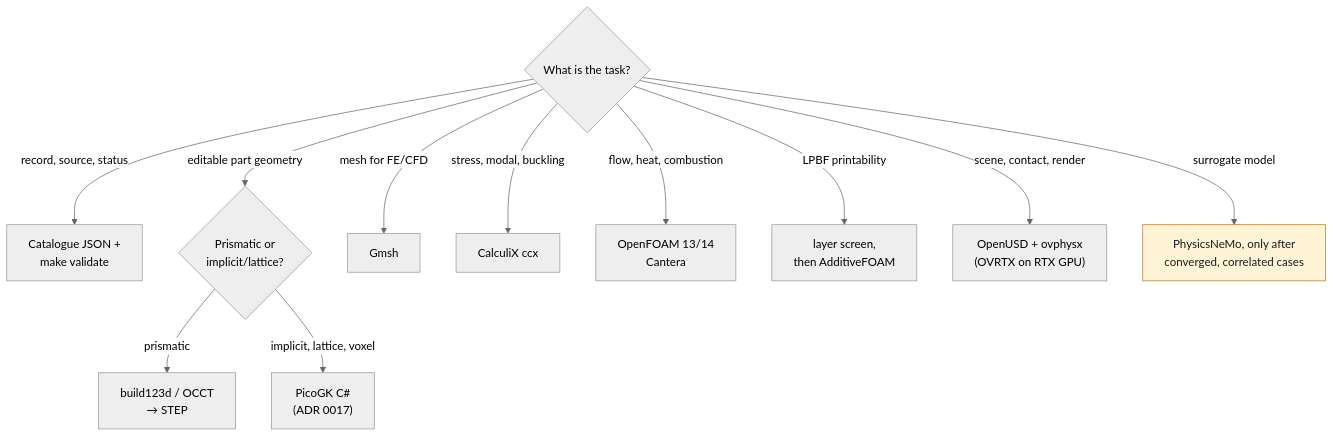
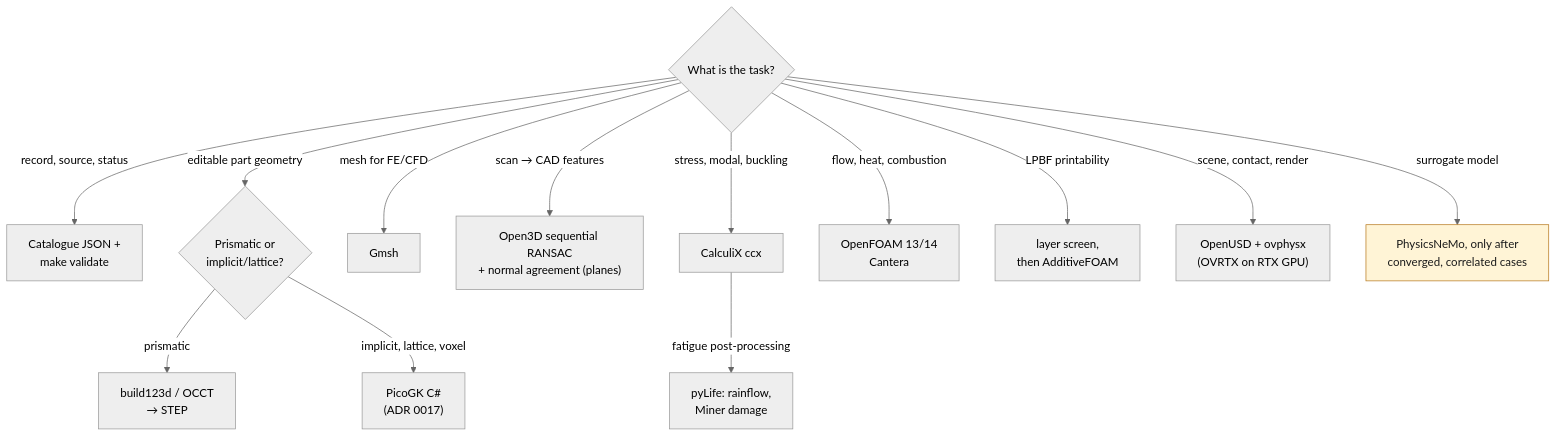
Before and after one commit to cluster2600/porscheparts: the first of 4 diagrams in docs/AGENT_TOOL_GUIDE.md, drawn with Mermaid (neutral theme). The commit also changed other lines of this file and 15 other files, not shown here.

First line of the commit message:
Assign tools for scan feature fitting and fatigue; back up private outputs (#677)

````diff
--- a/docs/AGENT_TOOL_GUIDE.md
+++ b/docs/AGENT_TOOL_GUIDE.md
@@ -25,15 +25,17 @@
 ```mermaid
 flowchart TD
     T{"What is the task?"}
     T -->|"record, source, status"| C["Catalogue JSON +<br/>make validate"]
     T -->|"editable part geometry"| G{"Prismatic or<br/>implicit/lattice?"}
     G -->|prismatic| B["build123d / OCCT<br/>→ STEP"]
     G -->|"implicit, lattice, voxel"| P["PicoGK C#<br/>(ADR 0017)"]
     T -->|"mesh for FE/CFD"| M["Gmsh"]
+    T -->|"scan → CAD features"| R["Open3D sequential RANSAC<br/>+ normal agreement (planes)"]
     T -->|"stress, modal, buckling"| X["CalculiX ccx"]
+    X -->|"fatigue post-processing"| Y["pyLife: rainflow,<br/>Miner damage"]
     T -->|"flow, heat, combustion"| F["OpenFOAM 13/14<br/>Cantera"]
     T -->|"LPBF printability"| L["layer screen,<br/>then AdditiveFOAM"]
     T -->|"scene, contact, render"| U["OpenUSD + ovphysx<br/>(OVRTX on RTX GPU)"]
     T -->|"surrogate model"| N["PhysicsNeMo, only after<br/>converged, correlated cases"]:::open
     classDef open fill:#fff4d6,stroke:#b7791f,color:#1a1a1a;
 ```
````
